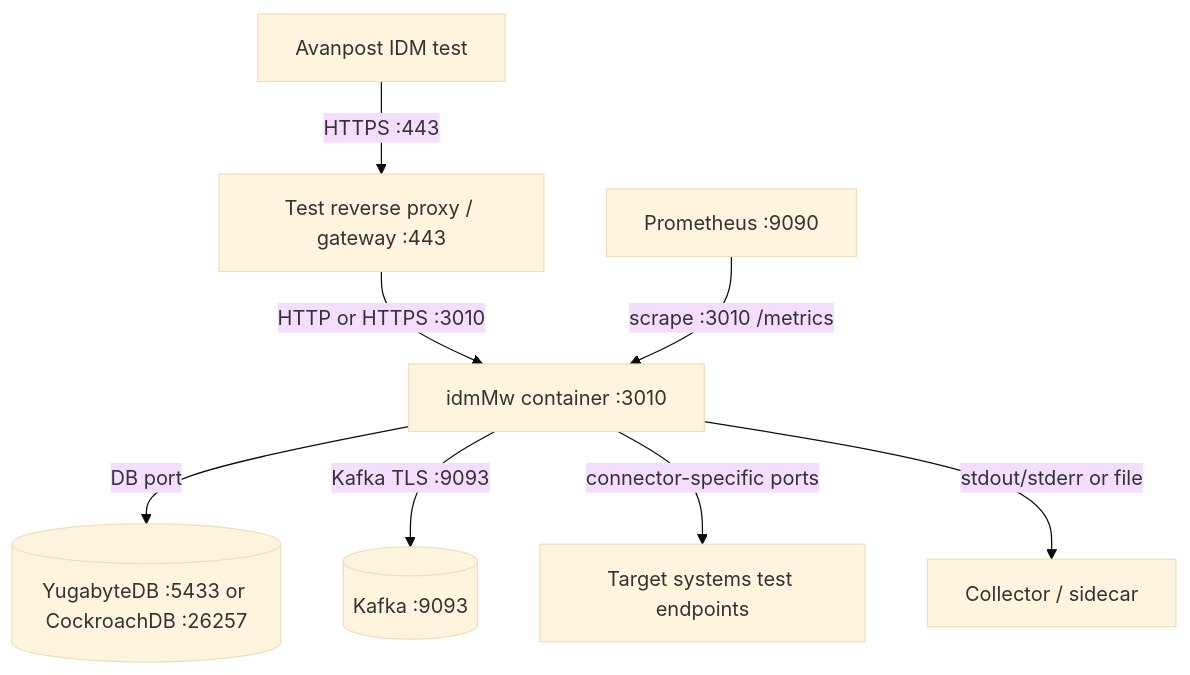
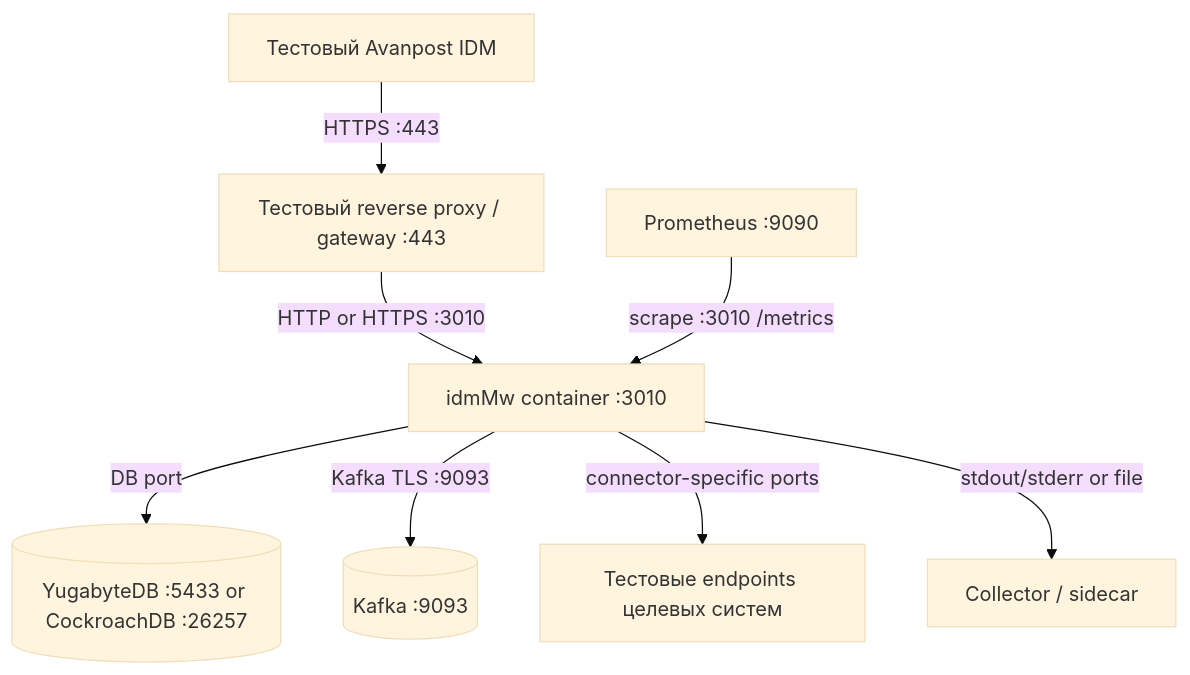
Before and after one commit to igorlyapin-max/idmMw: the second of 3 diagrams in aa/deployment.md, drawn with Mermaid (base theme). The commit also changed other lines of this file and 11 other files, not shown here.

Commit message:
docs: translate architecture artifacts to Russian

````diff
--- a/aa/deployment.md
+++ b/aa/deployment.md
@@ -36,19 +36,19 @@
 ```mermaid
 flowchart TB
-  IDM[Avanpost IDM test]
-  LB[Test reverse proxy / gateway :443]
+  IDM[Тестовый Avanpost IDM]
+  LB[Тестовый reverse proxy / gateway :443]
   App[idmMw container :3010]
   DB[(YugabyteDB :5433 or CockroachDB :26257)]
   Kafka[(Kafka :9093)]
   Prom[Prometheus :9090]
   Logs[Collector / sidecar]
-  Targets[Target systems test endpoints]
+  Targets[Тестовые endpoints целевых систем]
 
   IDM -->|HTTPS :443| LB
   LB -->|HTTP or HTTPS :3010| App
   App -->|DB port| DB
   App -->|Kafka TLS :9093| Kafka
   App -->|connector-specific ports| Targets
   Prom -->|scrape :3010 /metrics| App
   App -->|stdout/stderr or file| Logs
 ```
````
